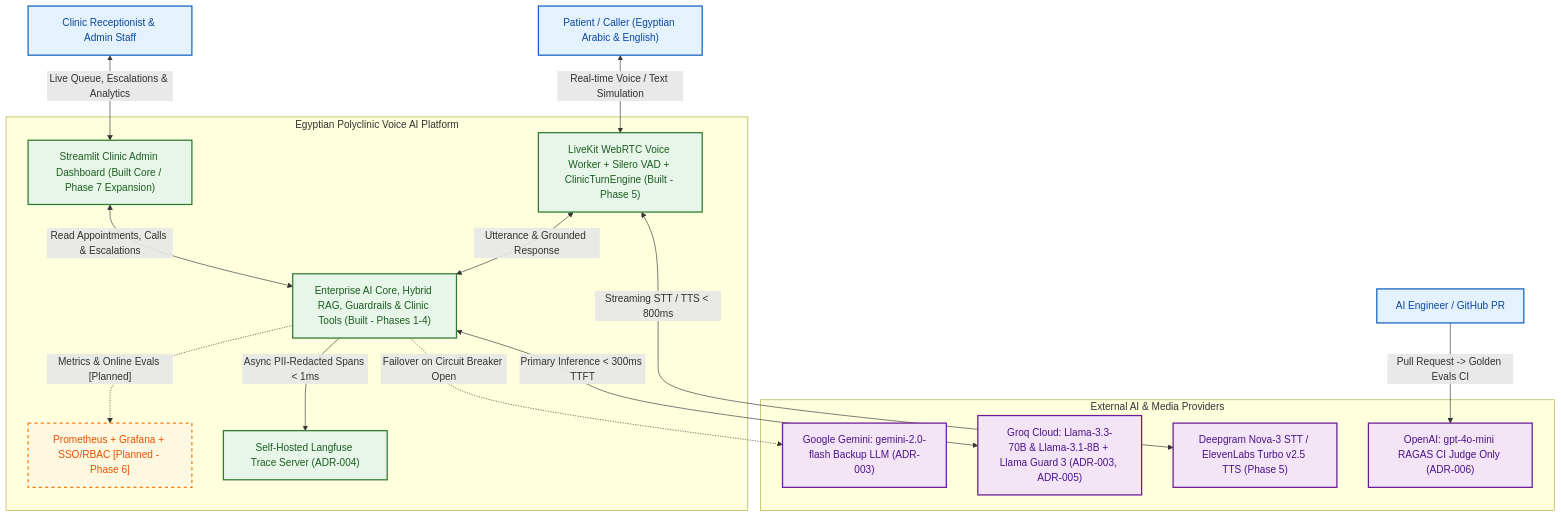
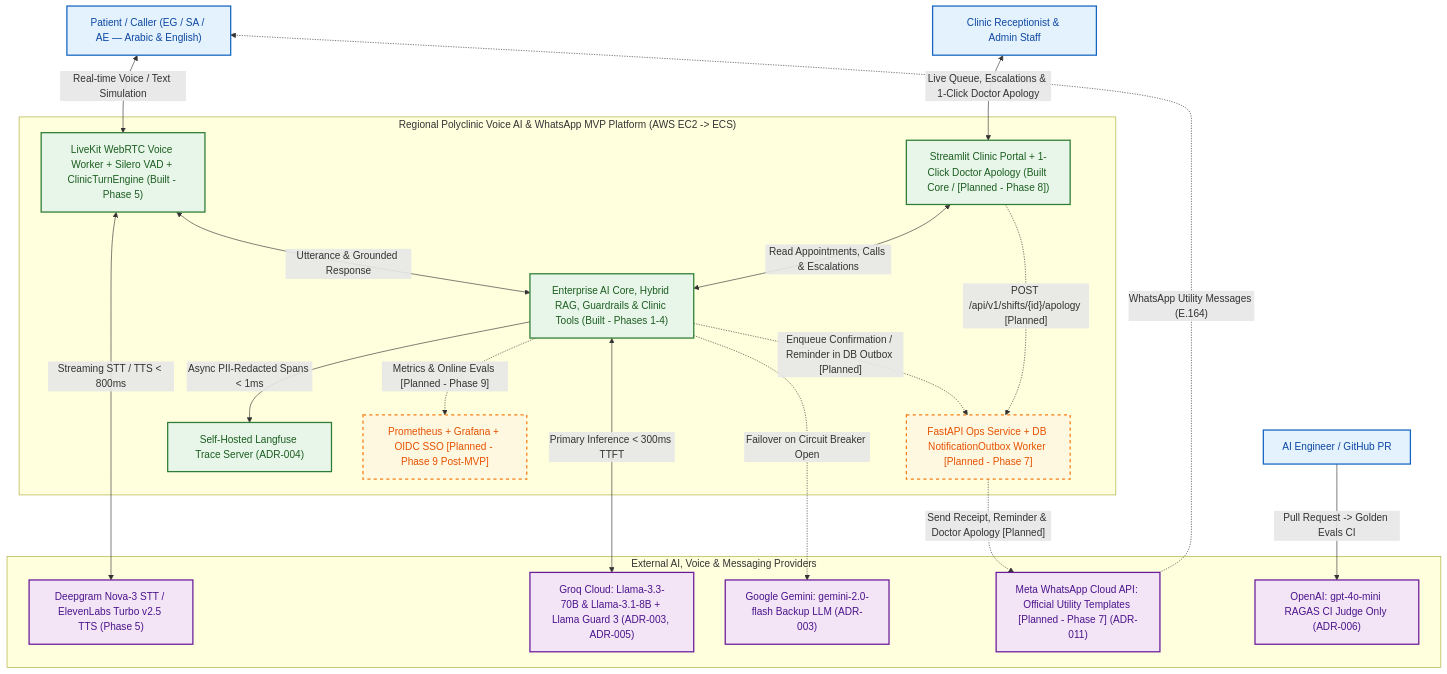
One commit to MaahmoudAbdelghany/Voice_Agent changed the first of 6 diagrams in spec/architecture.md. Above: the diagram before and after it, drawn with Mermaid. The commit also changed other lines of this file and 8 other files, not shown here.

Commit message:
docs(spec): replan constitution and MVP roadmap for WhatsApp, doctor apologies, and regional clinics

````diff
--- a/spec/architecture.md
+++ b/spec/architecture.md
@@ -26,37 +26,43 @@
 ```mermaid
 flowchart TB
     classDef built fill:#e8f5e9,stroke:#2e7d32,stroke-width:2px,color:#1b5e20
     classDef planned fill:#fff8e1,stroke:#f57f17,stroke-width:2px,stroke-dasharray: 5 5,color:#e65100
     classDef actor fill:#e3f2fd,stroke:#1565c0,stroke-width:2px,color:#0d47a1
     classDef external fill:#f3e5f5,stroke:#6a1b9a,stroke-width:2px,color:#4a148c
 
-    Caller["Patient / Caller (Egyptian Arabic & English)"]:::actor
+    Caller["Patient / Caller (EG / SA / AE — Arabic & English)"]:::actor
     Receptionist["Clinic Receptionist & Admin Staff"]:::actor
     Developer["AI Engineer / GitHub PR"]:::actor
 
-    subgraph ClinicPlatform["Egyptian Polyclinic Voice AI Platform"]
+    subgraph ClinicPlatform["Regional Polyclinic Voice AI & WhatsApp MVP Platform (AWS EC2 -> ECS)"]
         VoiceWorker["LiveKit WebRTC Voice Worker + Silero VAD + ClinicTurnEngine (Built - Phase 5)"]:::built
         AICore["Enterprise AI Core, Hybrid RAG, Guardrails & Clinic Tools (Built - Phases 1-4)"]:::built
-        AdminUI["Streamlit Clinic Admin Dashboard (Built Core / Phase 7 Expansion)"]:::built
+        OpsOutbox["FastAPI Ops Service + DB NotificationOutbox Worker [Planned - Phase 7]"]:::planned
+        AdminUI["Streamlit Clinic Portal + 1-Click Doctor Apology (Built Core / [Planned - Phase 8])"]:::built
         Langfuse["Self-Hosted Langfuse Trace Server (ADR-004)"]:::built
-        Observability["Prometheus + Grafana + SSO/RBAC [Planned - Phase 6]"]:::planned
+        Observability["Prometheus + Grafana + OIDC SSO [Planned - Phase 9 Post-MVP]"]:::planned
     end
 
-    subgraph CloudProviders["External AI & Media Providers"]
+    subgraph CloudProviders["External AI, Voice & Messaging Providers"]
         Deepgram["Deepgram Nova-3 STT / ElevenLabs Turbo v2.5 TTS (Phase 5)"]:::external
         Groq["Groq Cloud: Llama-3.3-70B & Llama-3.1-8B + Llama Guard 3 (ADR-003, ADR-005)"]:::external
         Gemini["Google Gemini: gemini-2.0-flash Backup LLM (ADR-003)"]:::external
+        MetaWA["Meta WhatsApp Cloud API: Official Utility Templates [Planned - Phase 7] (ADR-011)"]:::external
         OpenAIJudge["OpenAI: gpt-4o-mini RAGAS CI Judge Only (ADR-006)"]:::external
     end
 
     Caller <-->|"Real-time Voice / Text Simulation"| VoiceWorker
     VoiceWorker <-->|"Streaming STT / TTS < 800ms"| Deepgram
     VoiceWorker <-->|"Utterance & Grounded Response"| AICore
     AICore <-->|"Primary Inference < 300ms TTFT"| Groq
     AICore -.->|"Failover on Circuit Breaker Open"| Gemini
     AICore -->|"Async PII-Redacted Spans < 1ms"| Langfuse
-    AICore -.->|"Metrics & Online Evals [Planned]"| Observability
-    Receptionist <-->|"Live Queue, Escalations & Analytics"| AdminUI
+    AICore -.->|"Enqueue Confirmation / Reminder in DB Outbox [Planned]"| OpsOutbox
+    OpsOutbox -.->|"Send Receipt, Reminder & Doctor Apology [Planned]"| MetaWA
+    MetaWA -.->|"WhatsApp Utility Messages (E.164)"| Caller
+    AICore -.->|"Metrics & Online Evals [Planned - Phase 9]"| Observability
+    Receptionist <-->|"Live Queue, Escalations & 1-Click Doctor Apology"| AdminUI
     AdminUI <-->|"Read Appointments, Calls & Escalations"| AICore
+    AdminUI -.->|"POST /api/v1/shifts/{id}/apology [Planned]"| OpsOutbox
     Developer -->|"Pull Request -> Golden Evals CI"| OpenAIJudge
 ```
````
